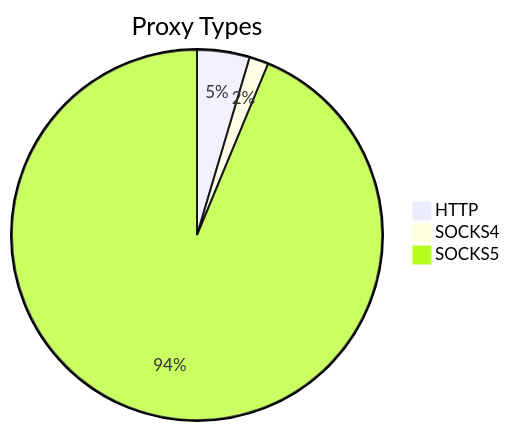
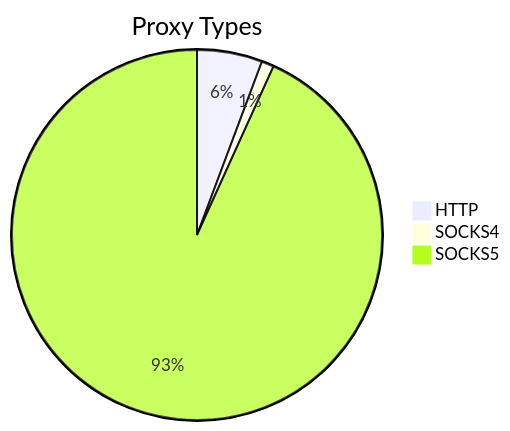
One commit to stormsia/proxy-list changed the first of 2 diagrams in README.md. Above: the diagram before and after it, drawn with Mermaid. The commit also changed other lines of this file, not shown here.

````diff
--- a/README.md
+++ b/README.md
@@ -21,6 +21,6 @@
 ```mermaid
 pie title Proxy Types
-    "HTTP" : 175
-    "SOCKS4" : 64
-    "SOCKS5" : 3575
+    "HTTP" : 90
+    "SOCKS4" : 17
+    "SOCKS5" : 1472
 ```
````
